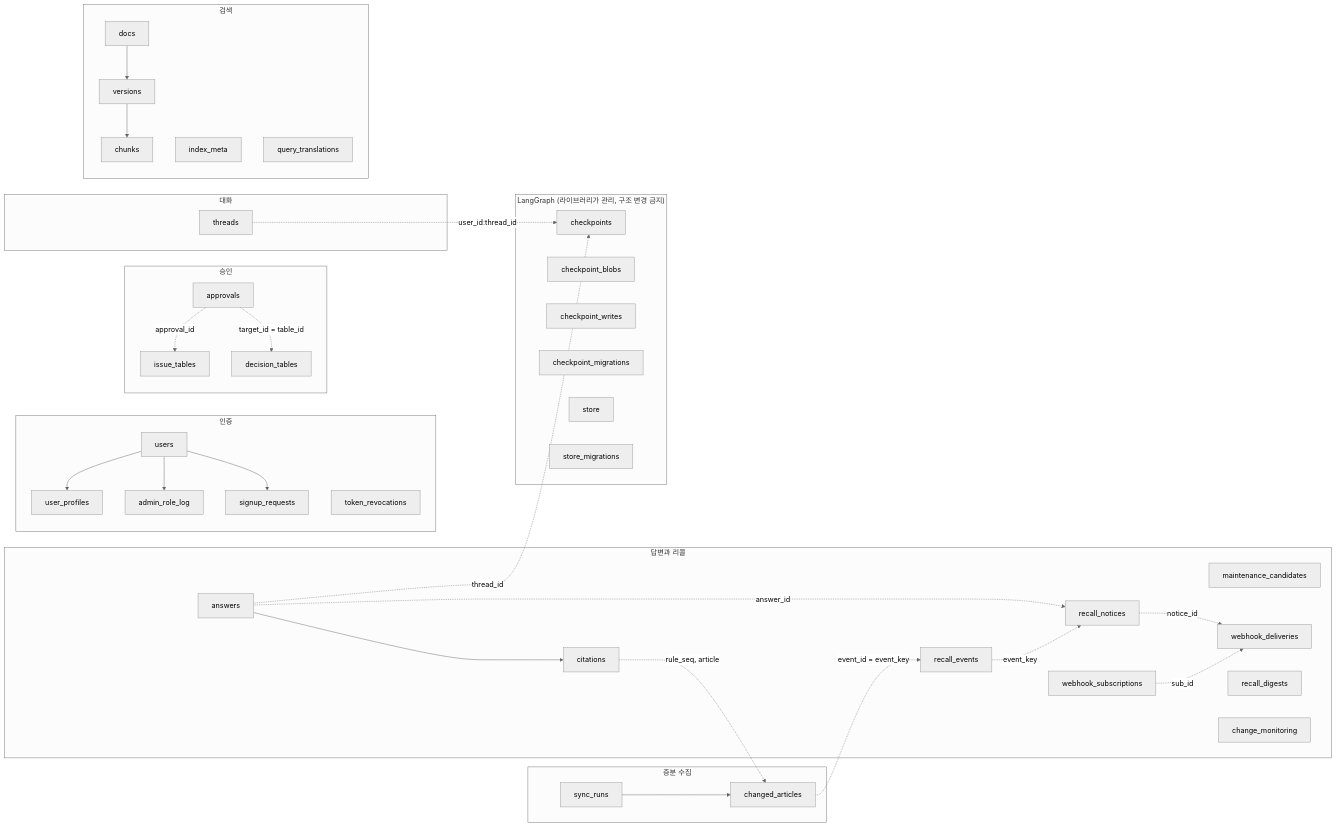
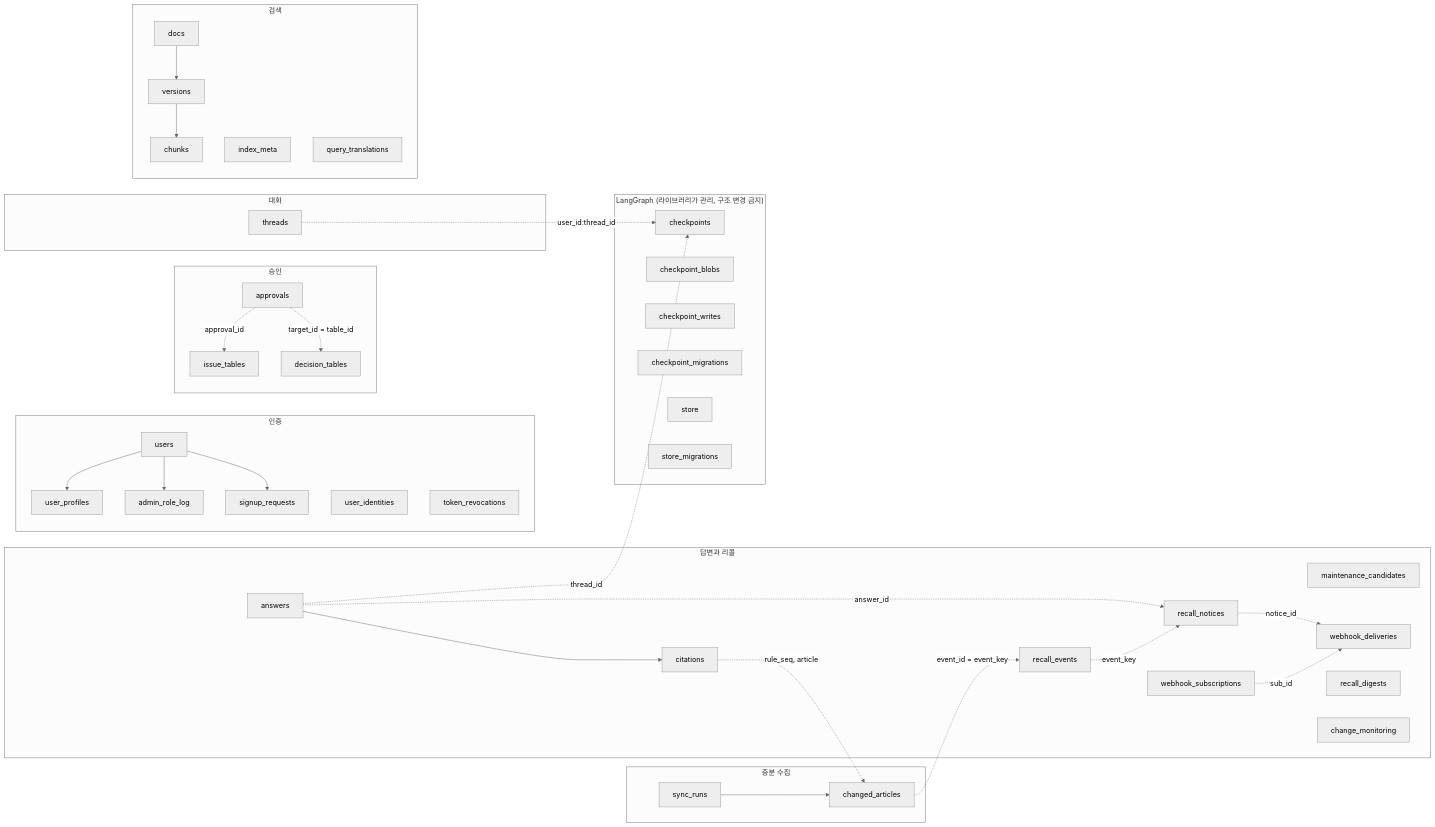
The first of 8 diagrams in docs/db/ERD.md (seungwook-kim/provena), drawn with Mermaid (neutral theme) before and after one commit. The commit also changed other lines of this file and 16 other files, not shown here.

First line of the commit message:
Google 로그인: 같은 이메일 계정 연결(A 방식), user_identities, 로그인 화면 안내

````diff
--- a/docs/db/ERD.md
+++ b/docs/db/ERD.md
@@ -22,67 +22,68 @@
 ```mermaid
 flowchart LR
     subgraph AUTH["인증"]
         users["users"]
         user_profiles["user_profiles"]
         admin_role_log["admin_role_log"]
         signup_requests["signup_requests"]
+        user_identities["user_identities"]
         token_revocations["token_revocations"]
     end
     subgraph APPROVAL["승인"]
         approvals["approvals"]
         decision_tables["decision_tables"]
         issue_tables["issue_tables"]
     end
     subgraph CONV["대화"]
         threads["threads"]
     end
     subgraph ANSWER["답변과 리콜"]
         answers["answers"]
         citations["citations"]
         recall_events["recall_events"]
         recall_notices["recall_notices"]
         maintenance_candidates["maintenance_candidates"]
         webhook_subscriptions["webhook_subscriptions"]
         webhook_deliveries["webhook_deliveries"]
         recall_digests["recall_digests"]
         change_monitoring["change_monitoring"]
     end
     subgraph SEARCH["검색"]
         docs["docs"]
         versions["versions"]
         chunks["chunks"]
         index_meta["index_meta"]
         query_translations["query_translations"]
     end
     subgraph SYNC["증분 수집"]
         sync_runs["sync_runs"]
         changed_articles["changed_articles"]
     end
     subgraph LG["LangGraph (라이브러리가 관리, 구조 변경 금지)"]
         checkpoints["checkpoints"]
         checkpoint_blobs["checkpoint_blobs"]
         checkpoint_writes["checkpoint_writes"]
         checkpoint_migrations["checkpoint_migrations"]
         store["store"]
         store_migrations["store_migrations"]
     end
 
     users --> user_profiles
     users --> admin_role_log
     users --> signup_requests
     docs --> versions
     versions --> chunks
     answers --> citations
     sync_runs --> changed_articles
 
     approvals -.->|"approval_id"| issue_tables
     approvals -.->|"target_id = table_id"| decision_tables
     threads -.->|"user_id:thread_id"| checkpoints
     answers -.->|"thread_id"| checkpoints
     answers -.->|"answer_id"| recall_notices
     changed_articles -.->|"event_id = event_key"| recall_events
     recall_events -.->|"event_key"| recall_notices
     recall_notices -.->|"notice_id"| webhook_deliveries
     webhook_subscriptions -.->|"sub_id"| webhook_deliveries
     citations -.->|"rule_seq, article"| changed_articles
 ```
````
